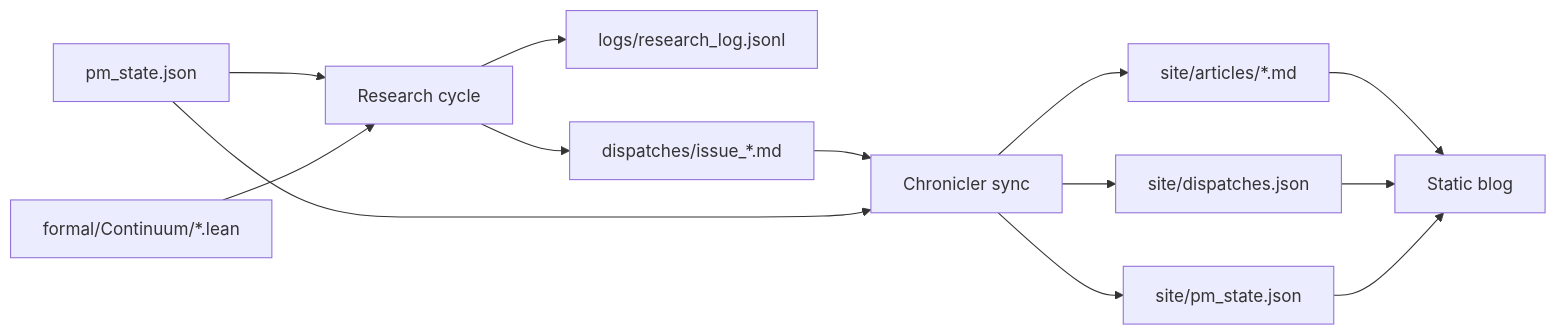
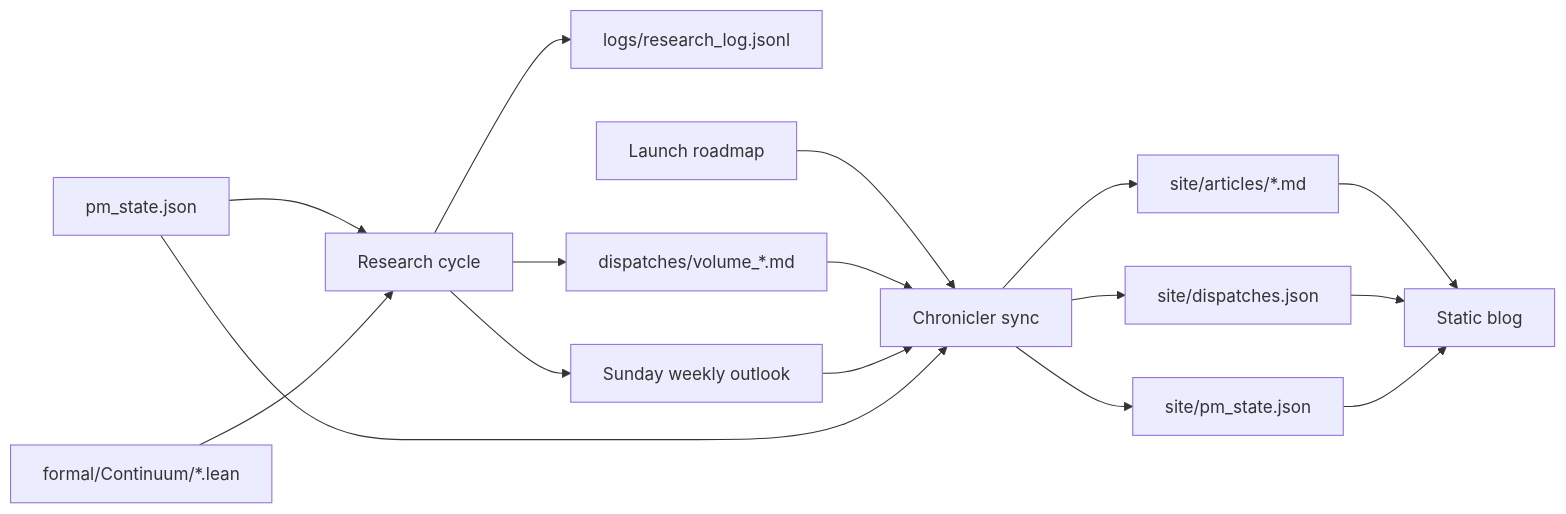
One commit to itsalissonsilva/daily-palindrome changed the fourth of 4 diagrams in README.md. Above: the diagram before and after it, drawn with Mermaid. The commit also changed other lines of this file and 19 other files, not shown here.

````diff
--- a/README.md
+++ b/README.md
@@ -104,15 +104,18 @@
 ```mermaid
 flowchart LR
     STATE[pm_state.json] --> PM[Research cycle]
     LEAN[formal/Continuum/*.lean] --> PM
     PM --> LOG[logs/research_log.jsonl]
-    PM --> MD[dispatches/issue_*.md]
+    PM --> MD[dispatches/volume_*.md]
+    PM --> WEEKLY[Sunday weekly outlook]
+    ROADMAP[Launch roadmap] --> SYNC
     MD --> SYNC[Chronicler sync]
+    WEEKLY --> SYNC
     STATE --> SYNC
     SYNC --> ARTICLES[site/articles/*.md]
     SYNC --> INDEX[site/dispatches.json]
     SYNC --> GRAPH[site/pm_state.json]
     ARTICLES --> WEB[Static blog]
     INDEX --> WEB
     GRAPH --> WEB
 ```
````
